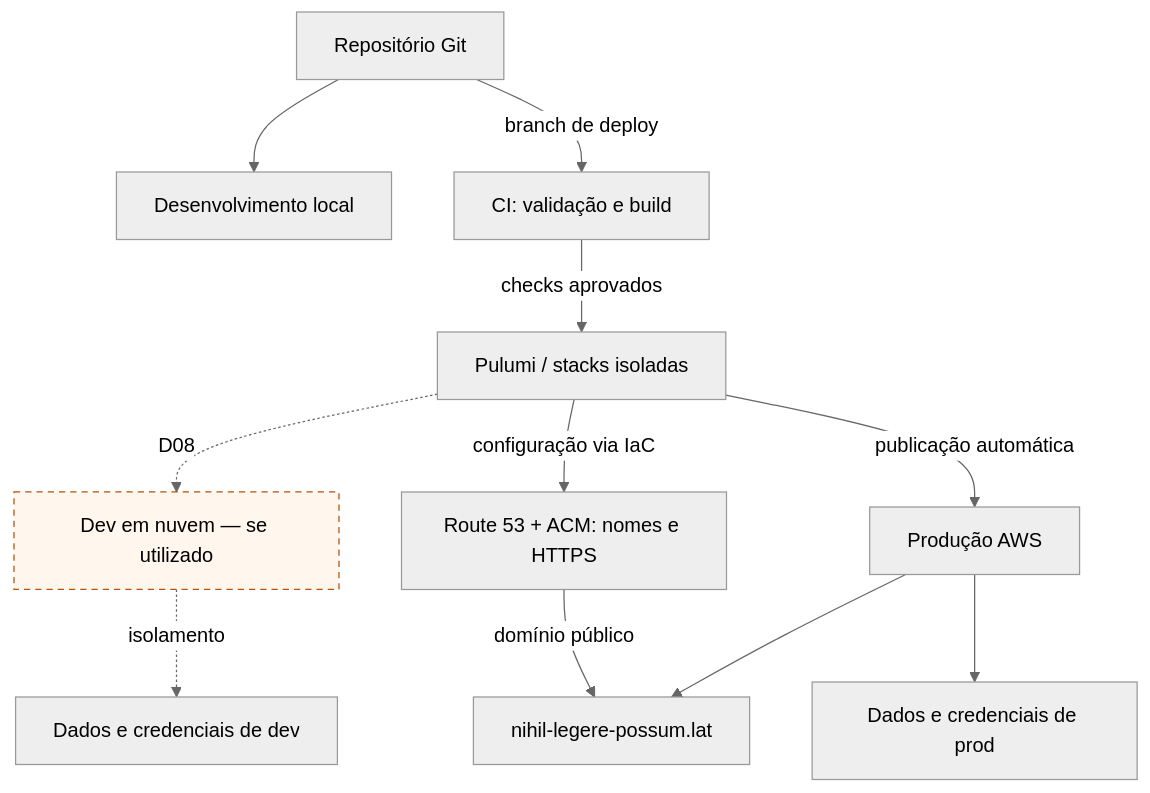
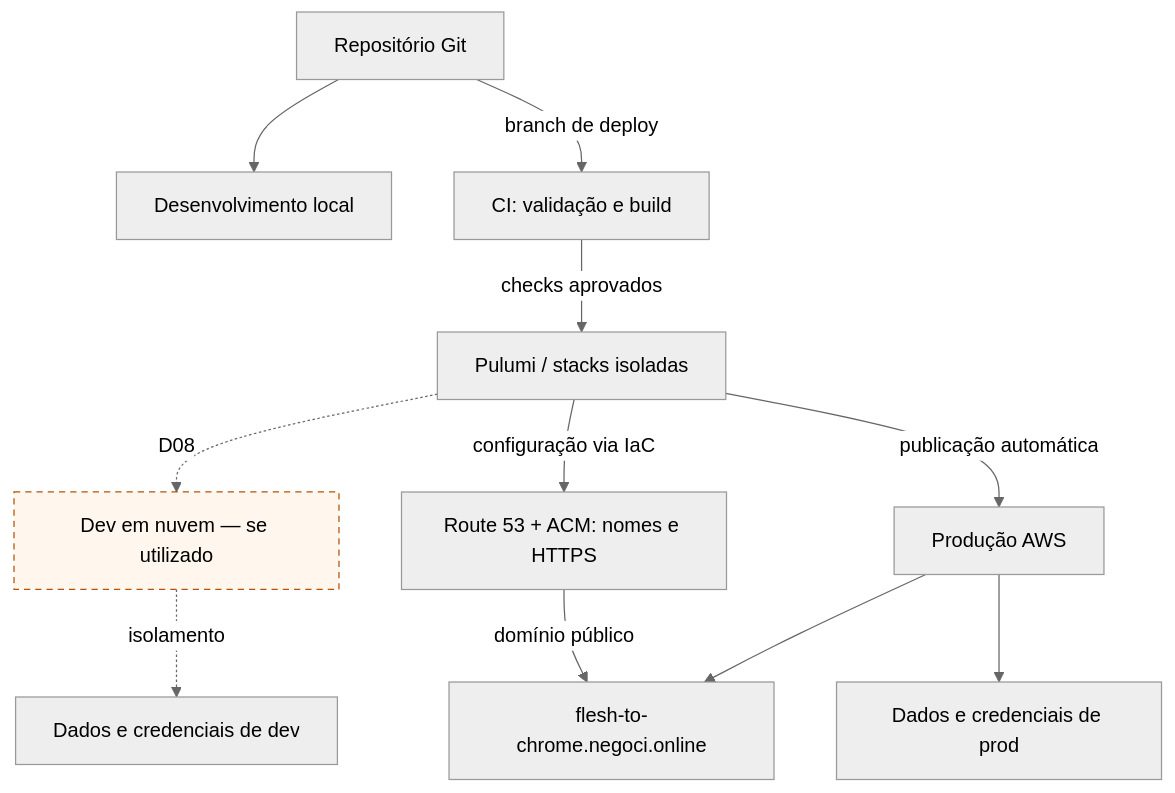
Before and after one commit to ViViJp/jogo-projeto-topicos-especiais: the fifth of 8 diagrams in isn/docs/sprint1/05-diagramas-de-blocos.md, drawn with Mermaid (neutral theme). The commit also changed 8 other files, not shown here.

````diff
--- a/isn/docs/sprint1/05-diagramas-de-blocos.md
+++ b/isn/docs/sprint1/05-diagramas-de-blocos.md
@@ -200,25 +200,25 @@
 ```mermaid
 flowchart TD
   git["Repositório Git"]
   dev["Desenvolvimento local"]
   ci["CI: validação e build"]
   iac["Pulumi / stacks isoladas"]
   devcloud["Dev em nuvem — se utilizado"]
   prod["Produção AWS"]
   devdb["Dados e credenciais de dev"]
-  domain["nihil-legere-possum.lat"]
+  domain["flesh-to-chrome.negoci.online"]
   proddb["Dados e credenciais de prod"]
   dns["Route 53 + ACM: nomes e HTTPS"]
   git --> dev
   git -->|"branch de deploy"| ci
   ci -->|"checks aprovados"| iac
   iac -.->|"D08"| devcloud
   iac -->|"publicação automática"| prod
   devcloud -.->|"isolamento"| devdb
   prod --> domain
   prod --> proddb
   iac -->|"configuração via IaC"| dns
   dns -->|"domínio público"| domain
   classDef pending fill:#fff7ed,stroke:#b45309,stroke-dasharray:5 4
   class devcloud pending
 ```
````
